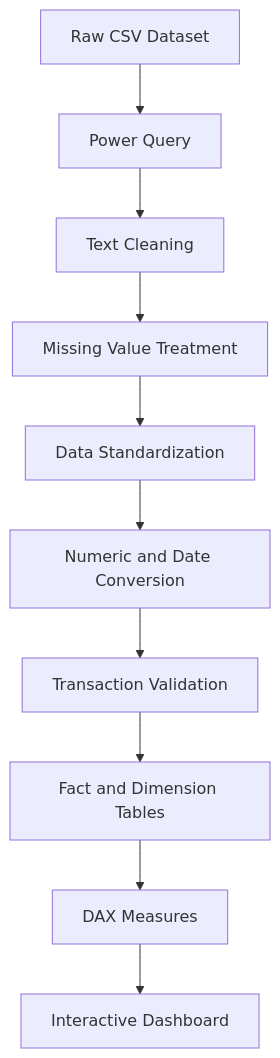
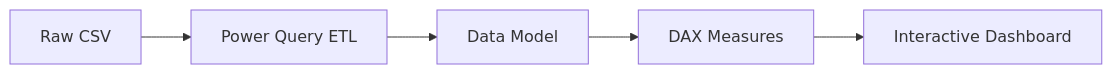
One commit to jovox06/Car-Sales-Analytics-PowerBI changed the diagram in README.md. Above: the diagram before and after it, drawn with Mermaid. The commit also changed other lines of this file, not shown here.

````diff
--- a/README.md
+++ b/README.md
@@ -96,12 +128,7 @@
 ```mermaid
-flowchart TD
-    A[Raw CSV Dataset] --> B[Power Query]
-    B --> C[Text Cleaning]
-    C --> D[Missing Value Treatment]
-    D --> E[Data Standardization]
-    E --> F[Numeric and Date Conversion]
-    F --> G[Transaction Validation]
-    G --> H[Fact and Dimension Tables]
-    H --> I[DAX Measures]
-    I --> J[Interactive Dashboard]
+flowchart LR
+    A[Raw CSV] --> B[Power Query ETL]
+    B --> C[Data Model]
+    C --> D[DAX Measures]
+    D --> E[Interactive Dashboard]
 ```
````
